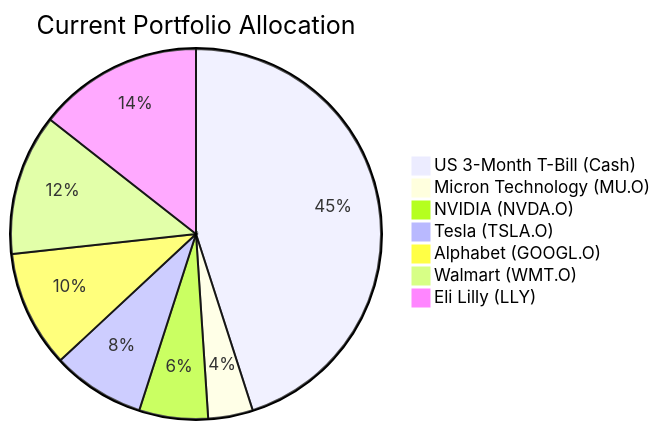
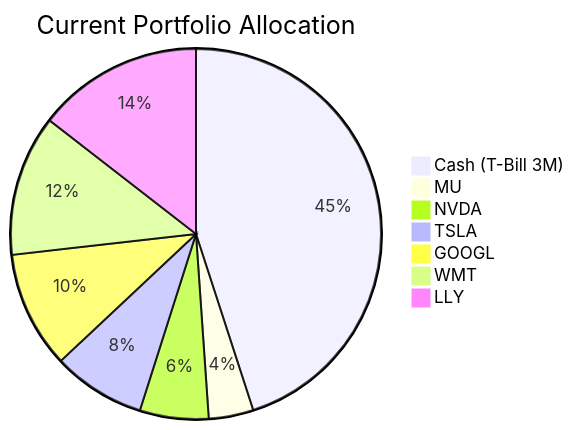
One commit to roger249/Bot-collaboration changed the first of 2 diagrams in docs/sample outputs/client_product_fit_analysis_8.md. Above: the diagram before and after it, drawn with Mermaid. The commit also changed other lines of this file and 16 other files, not shown here.

````diff
--- a/docs/sample outputs/client_product_fit_analysis_8.md
+++ b/docs/sample outputs/client_product_fit_analysis_8.md
@@ -43,10 +60,10 @@
 ```mermaid
 pie title Current Portfolio Allocation
-    "US 3-Month T-Bill (Cash)" : 45
-    "Micron Technology (MU.O)" : 3.9
-    "NVIDIA (NVDA.O)" : 6.0
-    "Tesla (TSLA.O)" : 8.1
-    "Alphabet (GOOGL.O)" : 10.2
-    "Walmart (WMT.O)" : 12.3
-    "Eli Lilly (LLY)" : 14.4
+    "Cash (T-Bill 3M)" : 45.0
+    "MU" : 3.9
+    "NVDA" : 6.0
+    "TSLA" : 8.1
+    "GOOGL" : 10.2
+    "WMT" : 12.3
+    "LLY" : 14.5
 ```
````
